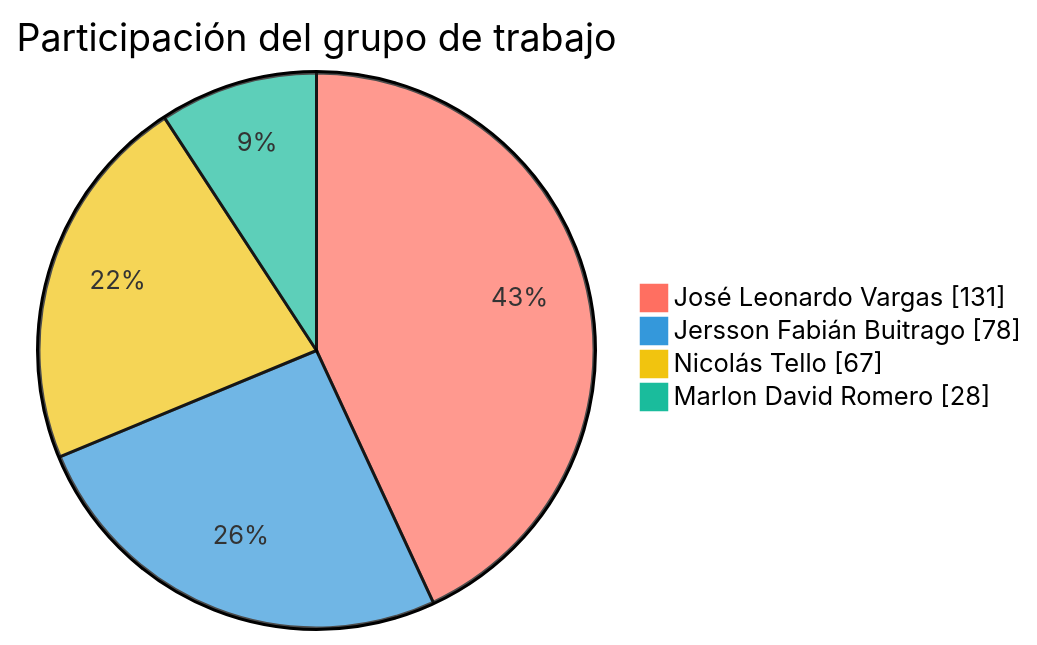
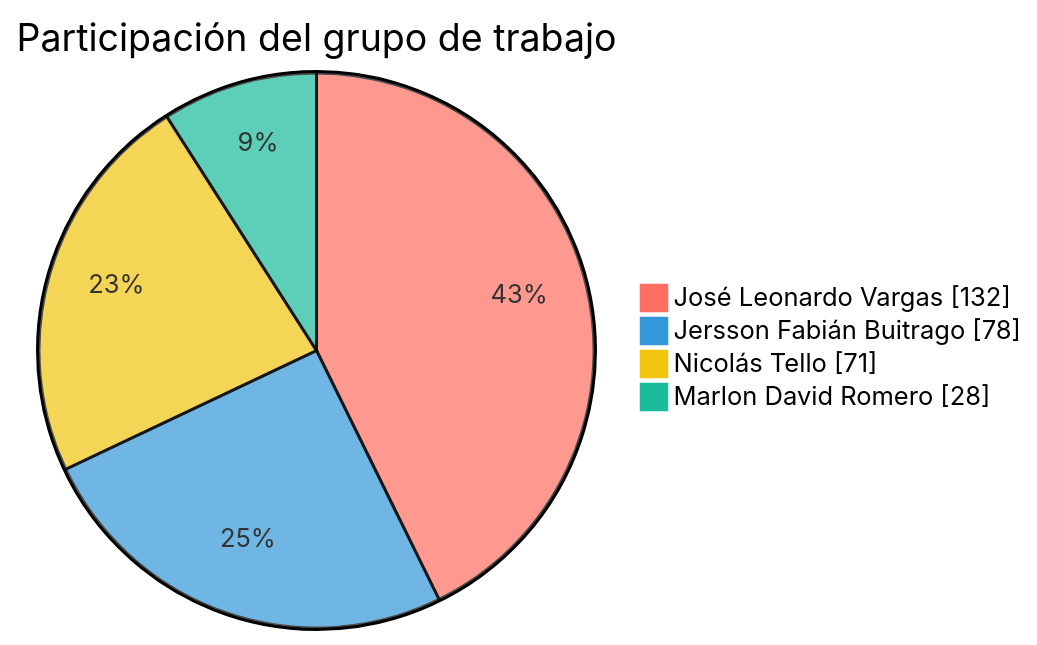
The first of 2 diagrams in README.md (FarmaExpres/FarmaExpres), drawn with Mermaid before and after one commit. The commit also changed other lines of this file and 1 other file, not shown here.

````diff
--- a/README.md
+++ b/README.md
@@ -389,9 +389,9 @@
 ```mermaid
 %%{init: {"themeVariables": {"pie1": "#ff6f61", "pie2": "#3498db", "pie3": "#f1c40f", "pie4": "#1abc9c", "pieLabelColor": "#000000", "pieLabelFontSize": "24px", "pieLabelFontWeight": "700"}}}%%
 pie showData
     title Participación del grupo de trabajo
-    "José Leonardo Vargas" : 131
+    "José Leonardo Vargas" : 132
     "Jersson Fabián Buitrago" : 78
-    "Nicolás Tello" : 67
+    "Nicolás Tello" : 71
     "Marlon David Romero" : 28
 ```
````
